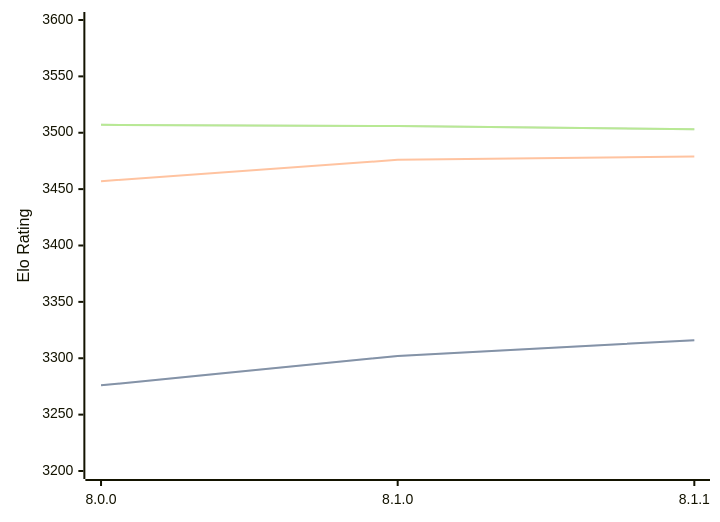
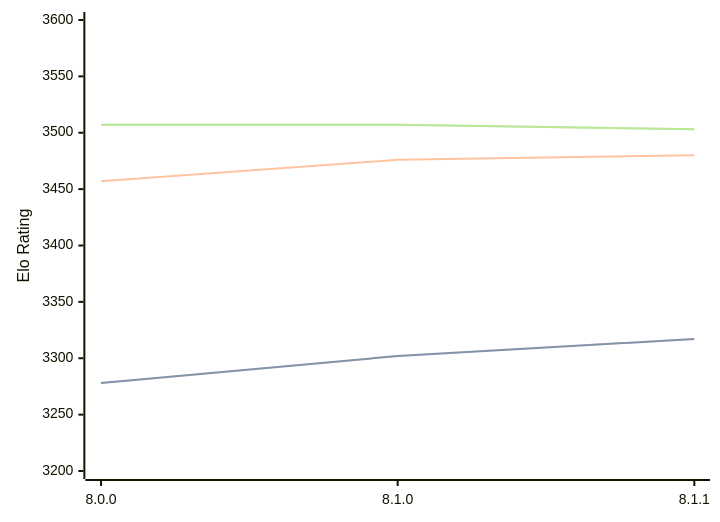
The diagram in engines/Velvet.md (computer-chess-index/cci), drawn with Mermaid before and after one commit. The commit also changed other lines of this file, not shown here.

Commit message:
Update CCI Ratings (ELO VLTC) - 2026-03-14

````diff
--- a/engines/Velvet.md
+++ b/engines/Velvet.md
@@ -55,11 +55,11 @@
 ```mermaid
 %%{init: {"theme":"base","themeVariables":{"seriesColors:['#a3a3a3','#222221','#faa371']}}}%%
 xychart-beta
   x-axis ["8.0.0", "8.1.0", "8.1.1"]
   y-axis "Elo Rating" 3200 --> 3600
-  line "STC (8.0+0.08s)" [3276, 3302, 3316]
-  line "STC (8.0+0.08s)" [3276, 3302, 3316]
-  line "LTC (60.0+0.60s)" [3457, 3476, 3479]
-  line "VLTC (2m24s+1.12s)" [3507, 3506, 3503]
-  line "VLTC (2m24s+1.12s)" [3507, 3506, 3503]
+  line "STC (8.0+0.08s)" [3278, 3302, 3317]
+  line "STC (8.0+0.08s)" [3278, 3302, 3317]
+  line "LTC (60.0+0.60s)" [3457, 3476, 3480]
+  line "VLTC (2m24s+1.12s)" [3507, 3507, 3503]
+  line "VLTC (2m24s+1.12s)" [3507, 3507, 3503]
 ```
````
